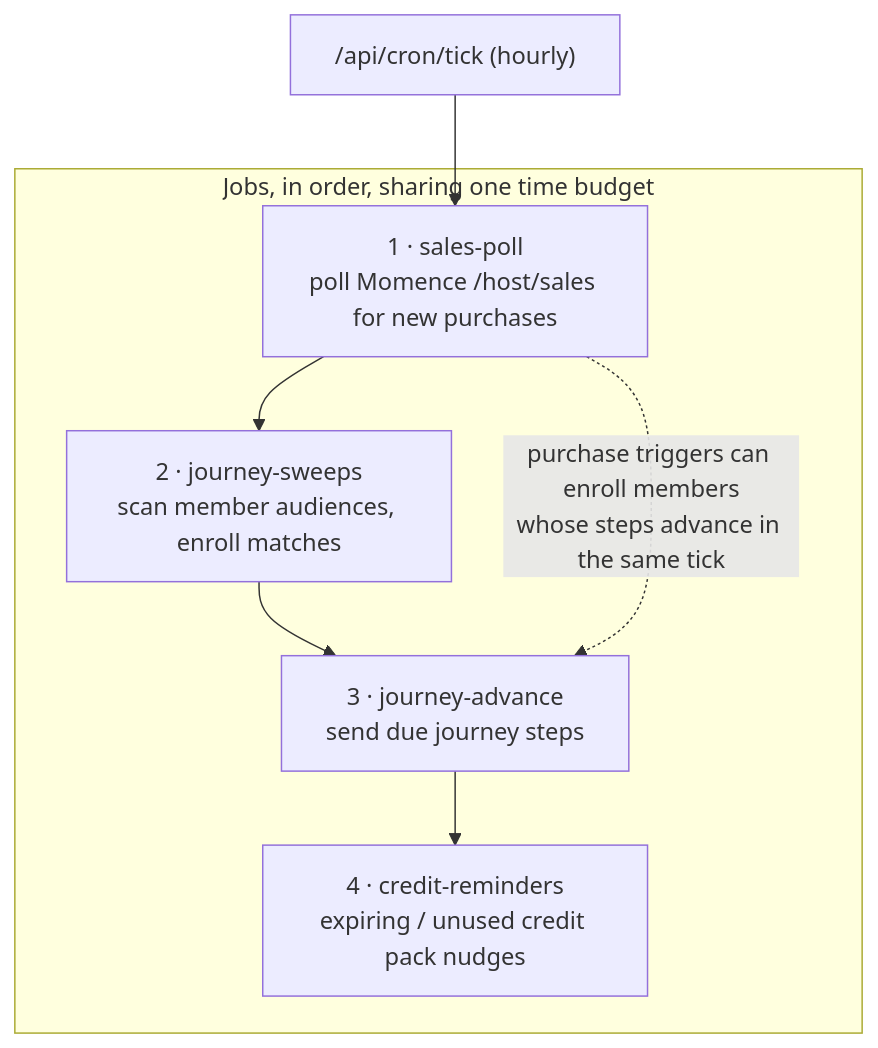
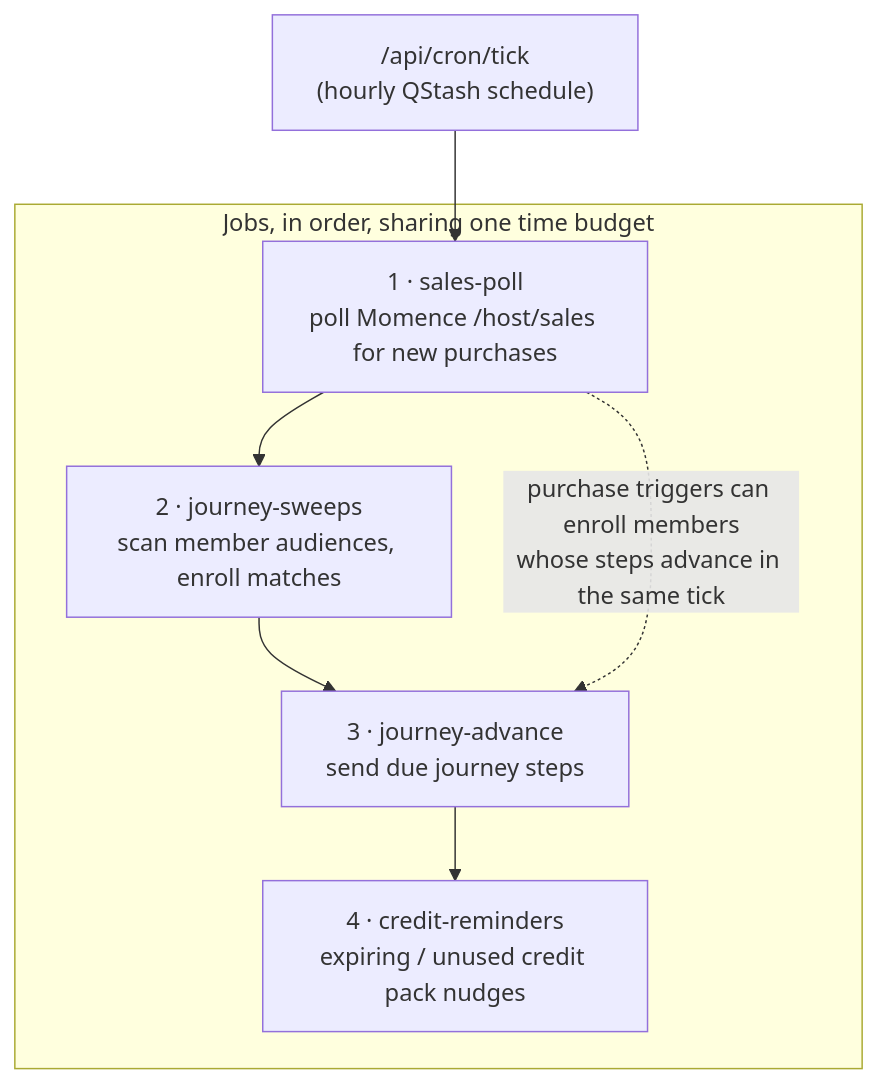
Before and after one commit to weslexcore/pyre: the second of 5 diagrams in apps/integrations/README.md, drawn with Mermaid. The commit also changed other lines of this file and 3 other files, not shown here.

First line of the commit message:
Update cron integration from Vercel to Upstash QStash

````diff
--- a/apps/integrations/README.md
+++ b/apps/integrations/README.md
@@ -123,12 +126,12 @@
 ```mermaid
 flowchart TD
-    TICK["/api/cron/tick (hourly)"] --> J1
+    TICK["/api/cron/tick<br/>(hourly QStash schedule)"] --> J1
     subgraph jobs["Jobs, in order, sharing one time budget"]
         J1["1 · sales-poll<br/>poll Momence /host/sales for new purchases"]
         J2["2 · journey-sweeps<br/>scan member audiences, enroll matches"]
         J3["3 · journey-advance<br/>send due journey steps"]
         J4["4 · credit-reminders<br/>expiring / unused credit pack nudges"]
         J1 --> J2 --> J3 --> J4
     end
     J1 -. "purchase triggers can enroll members<br/>whose steps advance in the same tick" .-> J3
 ```
````
